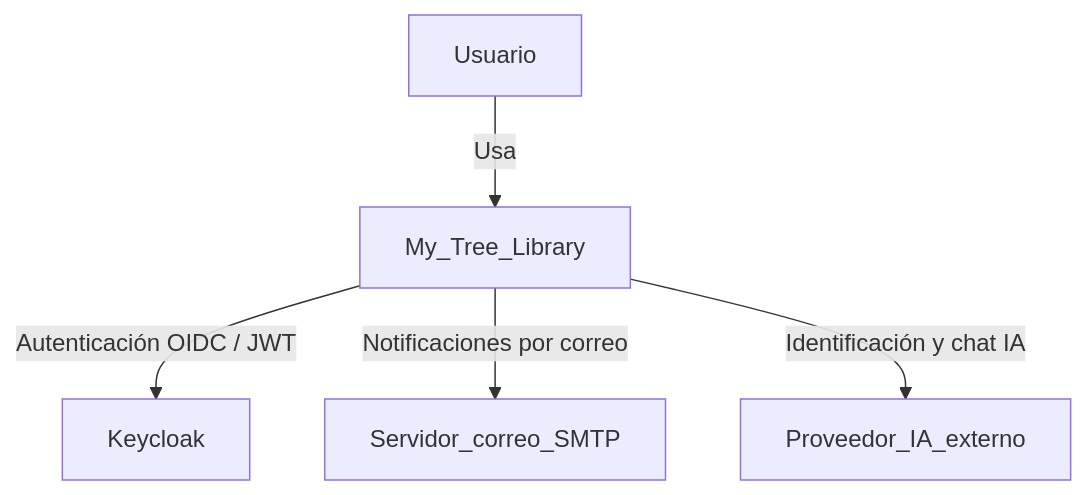
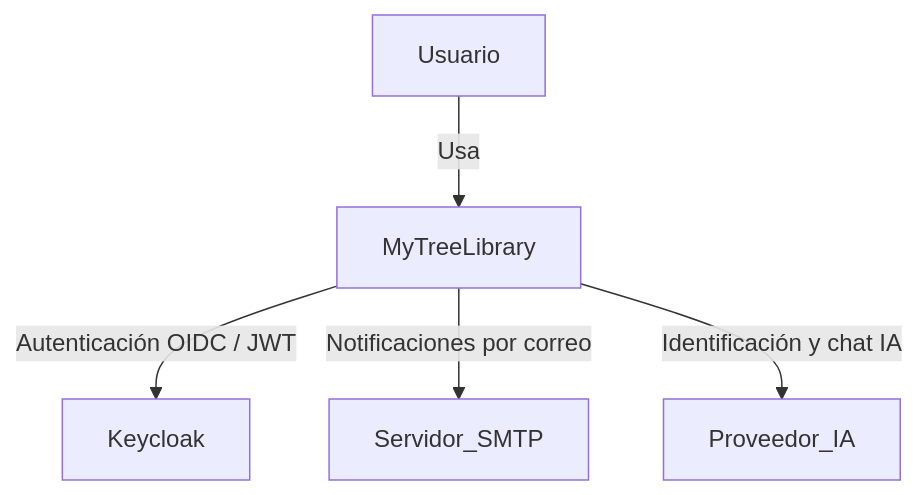
Before and after one commit to LIDR-academy/AI4Devs-finalproject: the first of 13 diagrams in readme.md, drawn with Mermaid. The commit also changed other lines of this file and 1 other file, not shown here.

````diff
--- a/readme.md
+++ b/readme.md
@@ -98,12 +108,12 @@
 ```mermaid
 flowchart TB
   U[Usuario]
-  S[My_Tree_Library]
+  S[MyTreeLibrary]
   KC[Keycloak]
-  SMTP[Servidor_correo_SMTP]
-  PIA[Proveedor_IA_externo]
+  SMTP[Servidor_SMTP]
+  PIA[Proveedor_IA]
   U -->|Usa| S
   S -->|Autenticación OIDC / JWT| KC
   S -->|Notificaciones por correo| SMTP
   S -->|Identificación y chat IA| PIA
 ```
````
